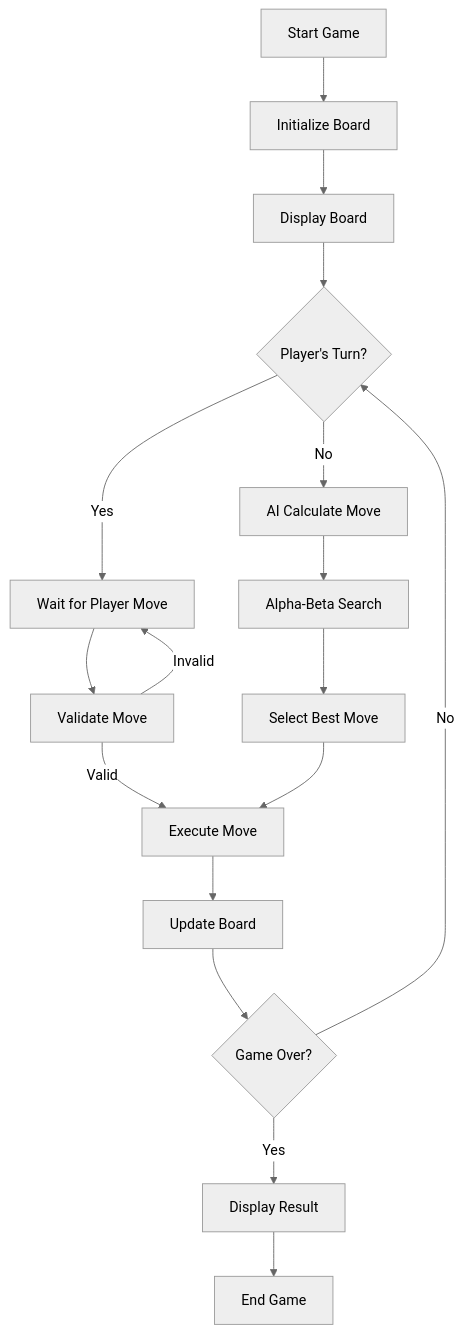
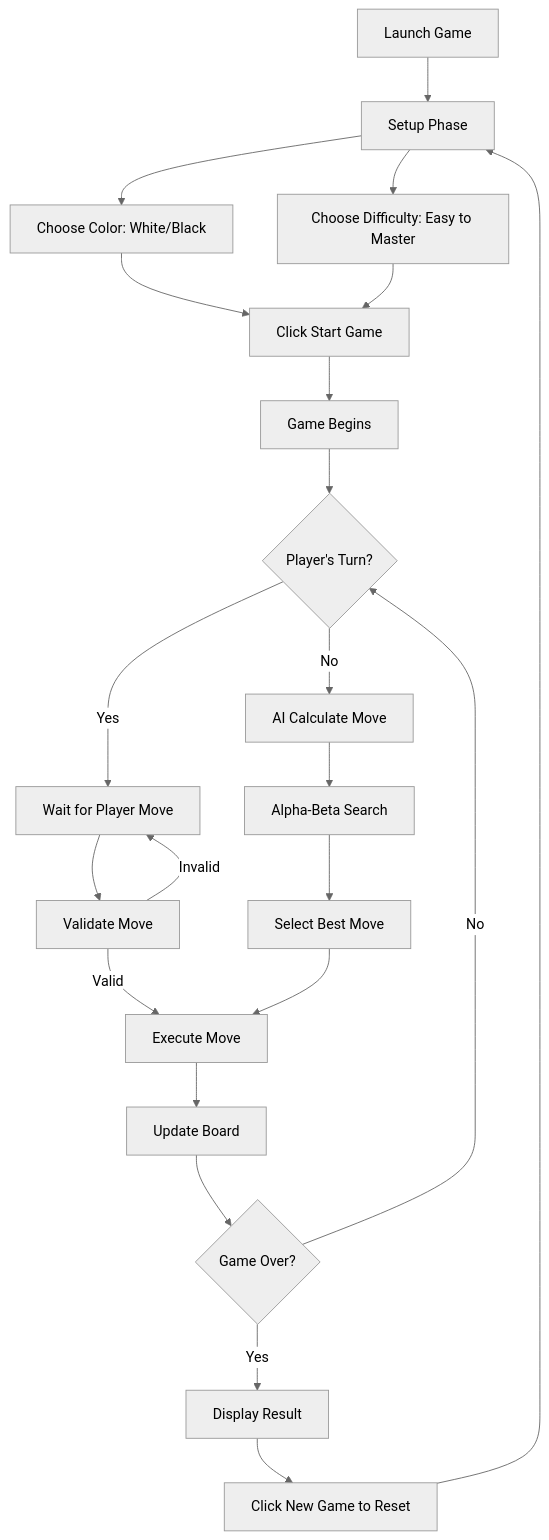
Before and after one commit to MorfidisJ/Chess-Java: the first of 4 diagrams in README.md, drawn with Mermaid (neutral theme). The commit also changed other lines of this file and 2 other files, not shown here.

````diff
--- a/README.md
+++ b/README.md
@@ -54,19 +57,24 @@
 ```mermaid
 flowchart TD
-    A[Start Game] --> B[Initialize Board]
-    B --> C[Display Board]
-    C --> D{Player's Turn?}
-    D -->|Yes| E[Wait for Player Move]
-    D -->|No| F[AI Calculate Move]
-    E --> G[Validate Move]
-    G -->|Invalid| E
-    G -->|Valid| H[Execute Move]
-    F --> I[Alpha-Beta Search]
-    I --> J[Select Best Move]
-    J --> H
-    H --> K[Update Board]
-    K --> L{Game Over?}
-    L -->|No| D
-    L -->|Yes| M[Display Result]
-    M --> N[End Game]
+    A[Launch Game] --> B[Setup Phase]
+    B --> C[Choose Color: White/Black]
+    B --> D[Choose Difficulty: Easy to Master]
+    C --> E[Click Start Game]
+    D --> E
+    E --> F[Game Begins]
+    F --> G{Player's Turn?}
+    G -->|Yes| H[Wait for Player Move]
+    G -->|No| I[AI Calculate Move]
+    H --> J[Validate Move]
+    J -->|Invalid| H
+    J -->|Valid| K[Execute Move]
+    I --> L[Alpha-Beta Search]
+    L --> M[Select Best Move]
+    M --> K
+    K --> N[Update Board]
+    N --> O{Game Over?}
+    O -->|No| G
+    O -->|Yes| P[Display Result]
+    P --> Q[Click New Game to Reset]
+    Q --> B
 ```
````
